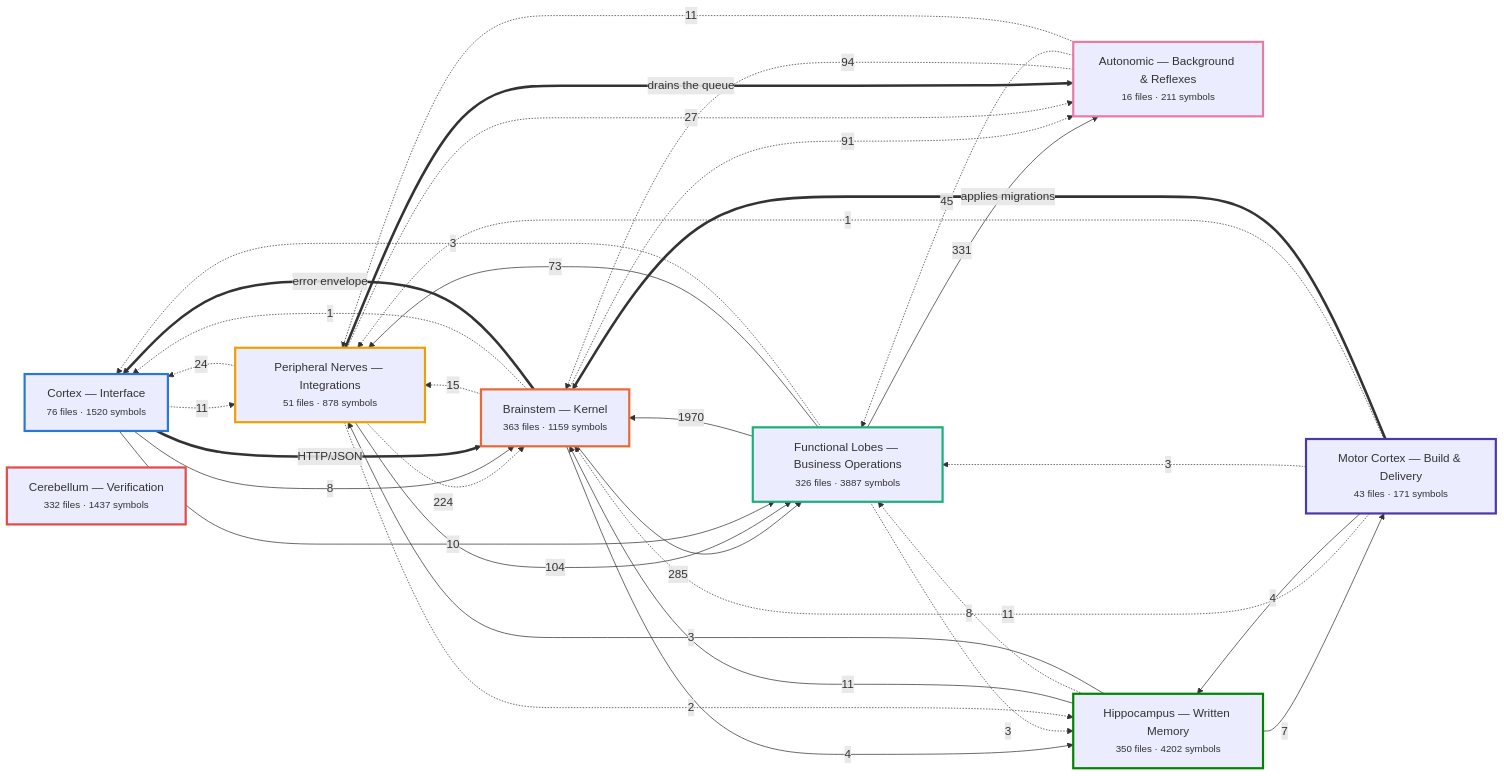
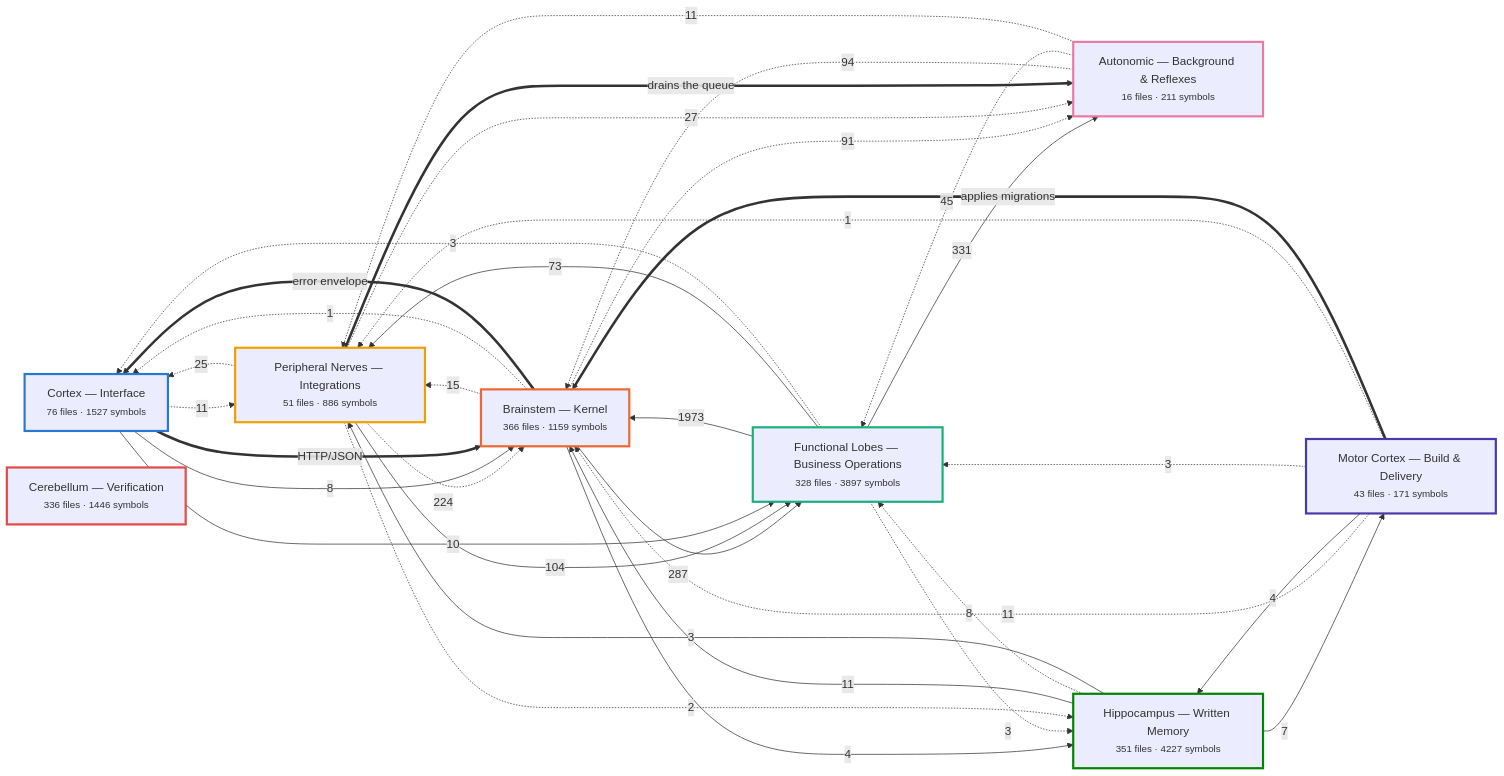
One commit to Vishalnayak226/custom_erp changed the first of 7 diagrams in docs/brain/BRAIN.md. Above: the diagram before and after it, drawn with Mermaid. The commit also changed other lines of this file and 54 other files, not shown here.

````diff
--- a/docs/brain/BRAIN.md
+++ b/docs/brain/BRAIN.md
@@ -35,60 +35,60 @@
 ```mermaid
 flowchart LR
-  n_cortex["Cortex — Interface<br/><small>76 files · 1520 symbols</small>"]
-  n_brainstem["Brainstem — Kernel<br/><small>363 files · 1159 symbols</small>"]
-  n_business["Functional Lobes — Business Operations<br/><small>326 files · 3887 symbols</small>"]
-  n_peripheral["Peripheral Nerves — Integrations<br/><small>51 files · 878 symbols</small>"]
+  n_cortex["Cortex — Interface<br/><small>76 files · 1527 symbols</small>"]
+  n_brainstem["Brainstem — Kernel<br/><small>366 files · 1159 symbols</small>"]
+  n_business["Functional Lobes — Business Operations<br/><small>328 files · 3897 symbols</small>"]
+  n_peripheral["Peripheral Nerves — Integrations<br/><small>51 files · 886 symbols</small>"]
   n_autonomic["Autonomic — Background & Reflexes<br/><small>16 files · 211 symbols</small>"]
-  n_memory["Hippocampus — Written Memory<br/><small>350 files · 4202 symbols</small>"]
+  n_memory["Hippocampus — Written Memory<br/><small>351 files · 4227 symbols</small>"]
   n_motor["Motor Cortex — Build & Delivery<br/><small>43 files · 171 symbols</small>"]
-  n_verification["Cerebellum — Verification<br/><small>332 files · 1437 symbols</small>"]
-  n_business -->|1970| n_brainstem
+  n_verification["Cerebellum — Verification<br/><small>336 files · 1446 symbols</small>"]
+  n_business -->|1973| n_brainstem
   n_business -->|331| n_autonomic
-  n_brainstem -->|285| n_business
+  n_brainstem -->|287| n_business
   n_peripheral -.->|224| n_brainstem
   n_peripheral -->|104| n_business
   n_autonomic -.->|94| n_brainstem
   n_brainstem -.->|91| n_autonomic
   n_business -->|73| n_peripheral
   n_autonomic -.->|45| n_business
   n_peripheral -.->|27| n_autonomic
-  n_peripheral -.->|24| n_cortex
+  n_peripheral -.->|25| n_cortex
   n_brainstem -.->|15| n_peripheral
   n_autonomic -.->|11| n_peripheral
   n_cortex -.->|11| n_peripheral
   n_memory -->|11| n_brainstem
   n_motor -.->|11| n_brainstem
   n_cortex -->|10| n_business
   n_cortex -->|8| n_brainstem
   n_memory -.->|8| n_business
   n_memory -->|7| n_motor
   n_brainstem -->|4| n_memory
   n_motor -->|4| n_memory
   n_business -.->|3| n_cortex
   n_business -.->|3| n_memory
   n_memory -->|3| n_peripheral
   n_motor -.->|3| n_business
   n_peripheral -.->|2| n_memory
   n_brainstem -.->|1| n_cortex
   n_motor -.->|1| n_peripheral
   n_brainstem ==>|error envelope| n_cortex
   n_cortex ==>|HTTP/JSON| n_brainstem
   n_motor ==>|applies migrations| n_brainstem
   n_peripheral ==>|drains the queue| n_autonomic
   classDef n_cortex stroke:#2a78d6,stroke-width:3px;
   class n_cortex n_cortex;
   classDef n_brainstem stroke:#eb6834,stroke-width:3px;
   class n_brainstem n_brainstem;
   classDef n_business stroke:#1baf7a,stroke-width:3px;
   class n_business n_business;
   classDef n_peripheral stroke:#eda100,stroke-width:3px;
   class n_peripheral n_peripheral;
   classDef n_autonomic stroke:#e87ba4,stroke-width:3px;
   class n_autonomic n_autonomic;
   classDef n_memory stroke:#008300,stroke-width:3px;
   class n_memory n_memory;
   classDef n_motor stroke:#4a3aa7,stroke-width:3px;
   class n_motor n_motor;
   classDef n_verification stroke:#e34948,stroke-width:3px;
   class n_verification n_verification;
 ```
````
